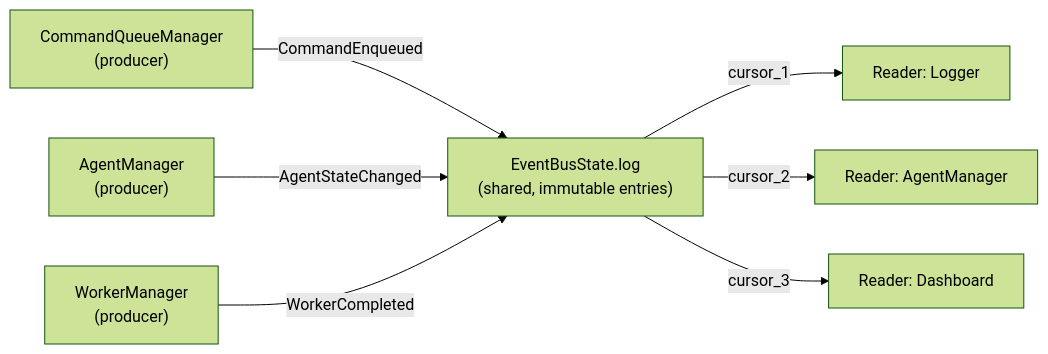
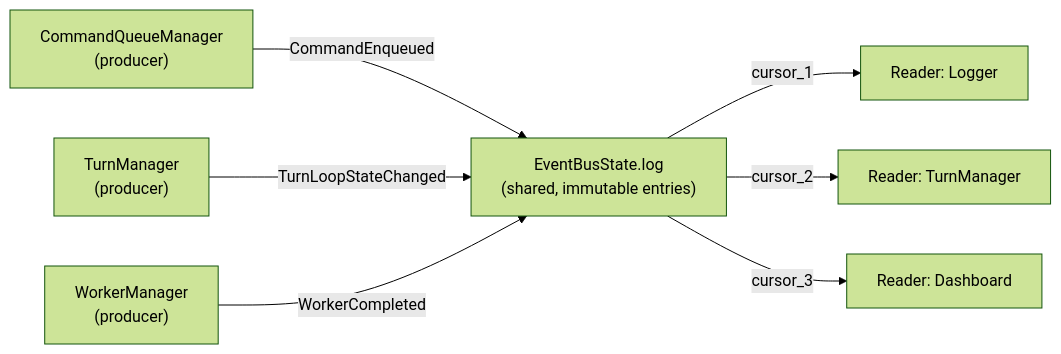
Before and after one commit to yao-creative/mini-codex-python: the diagram in design-logs/2-event-payload.md, drawn with Mermaid (forest theme). The commit also changed other lines of this file and 20 other files, not shown here.

````diff
--- a/design-logs/2-event-payload.md
+++ b/design-logs/2-event-payload.md
@@ -15,9 +15,9 @@
 ```mermaid
 graph LR
     CQ["CommandQueueManager<br/>(producer)"] -->|"CommandEnqueued"| BUS["EventBusState.log<br/>(shared, immutable entries)"]
-    AG["AgentManager<br/>(producer)"] -->|"AgentStateChanged"| BUS
+    AG["TurnManager<br/>(producer)"] -->|"TurnLoopStateChanged"| BUS
     WK["WorkerManager<br/>(producer)"] -->|"WorkerCompleted"| BUS
     BUS -->|"cursor_1"| C1["Reader: Logger"]
-    BUS -->|"cursor_2"| C2["Reader: AgentManager"]
+    BUS -->|"cursor_2"| C2["Reader: TurnManager"]
     BUS -->|"cursor_3"| C3["Reader: Dashboard"]
 ```
````
